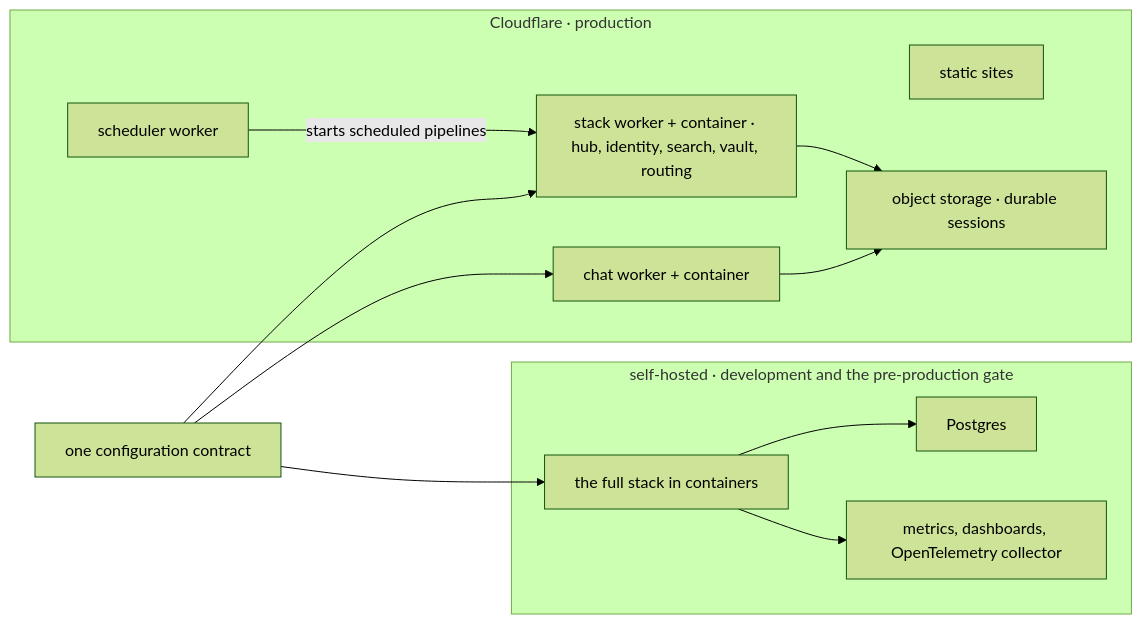
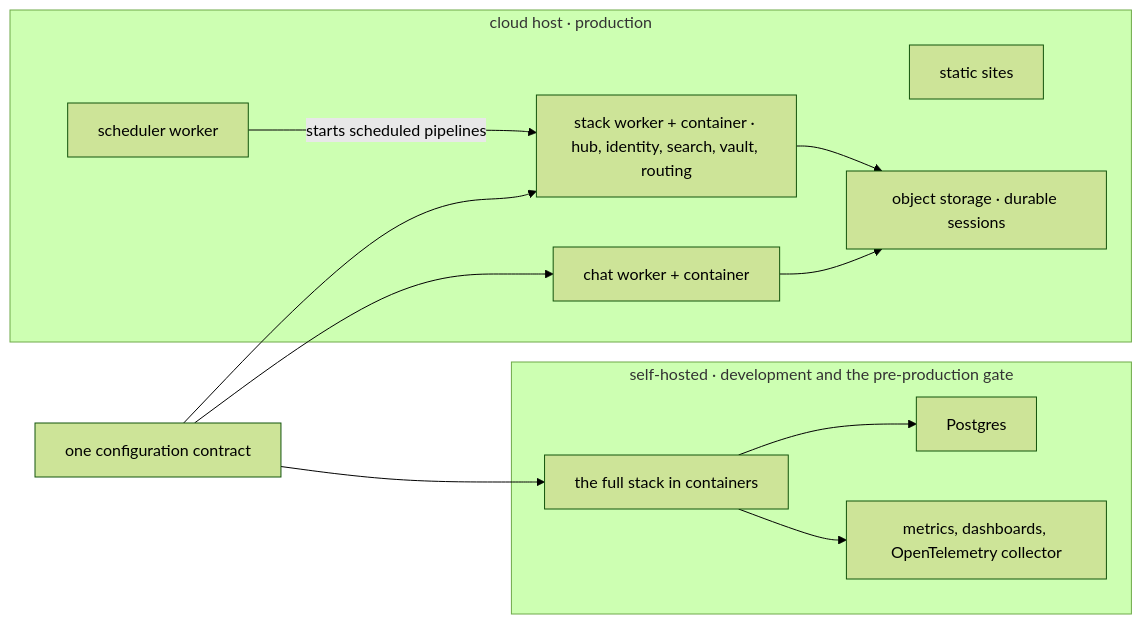
Before and after one commit to digithings-ai/digithings: the diagram in apps/digithings-web/content/book/02-system-architecture/04-one-stack-two-homes.mdx, drawn with Mermaid (forest theme). The commit also changed other lines of this file and 5 other files, not shown here.

First line of the commit message:
docs(book): stop claiming Cloudflare is our production

````diff
--- a/apps/digithings-web/content/book/02-system-architecture/04-one-stack-two-homes.mdx
+++ b/apps/digithings-web/content/book/02-system-architecture/04-one-stack-two-homes.mdx
@@ -22,27 +22,27 @@
 ```mermaid
 flowchart LR
   subgraph self["self-hosted · development and the pre-production gate"]
     COMPOSE["the full stack in containers"]
     OBS["metrics, dashboards, OpenTelemetry collector"]
     PG["Postgres"]
   end
 
-  subgraph cf["Cloudflare · production"]
+  subgraph cf["cloud host · production"]
     PAGES["static sites"]
     STACK["stack worker + container · hub, identity, search, vault, routing"]
     CHATW["chat worker + container"]
     CRON["scheduler worker"]
     STORE["object storage · durable sessions"]
   end
 
   CONTRACT["one configuration contract"]
 
   CONTRACT --> COMPOSE
   CONTRACT --> STACK
   CONTRACT --> CHATW
   COMPOSE --> PG
   COMPOSE --> OBS
   STACK --> STORE
   CHATW --> STORE
   CRON -->|"starts scheduled pipelines"| STACK
 ```
````
